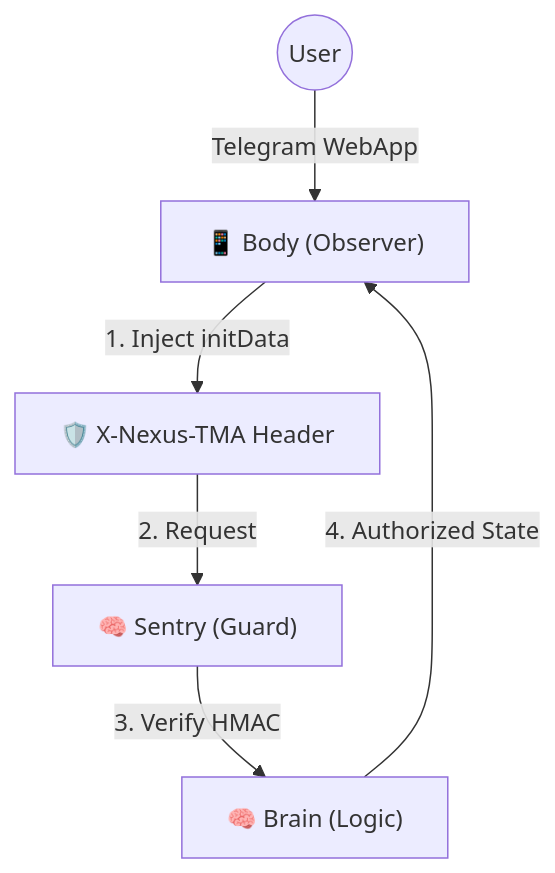
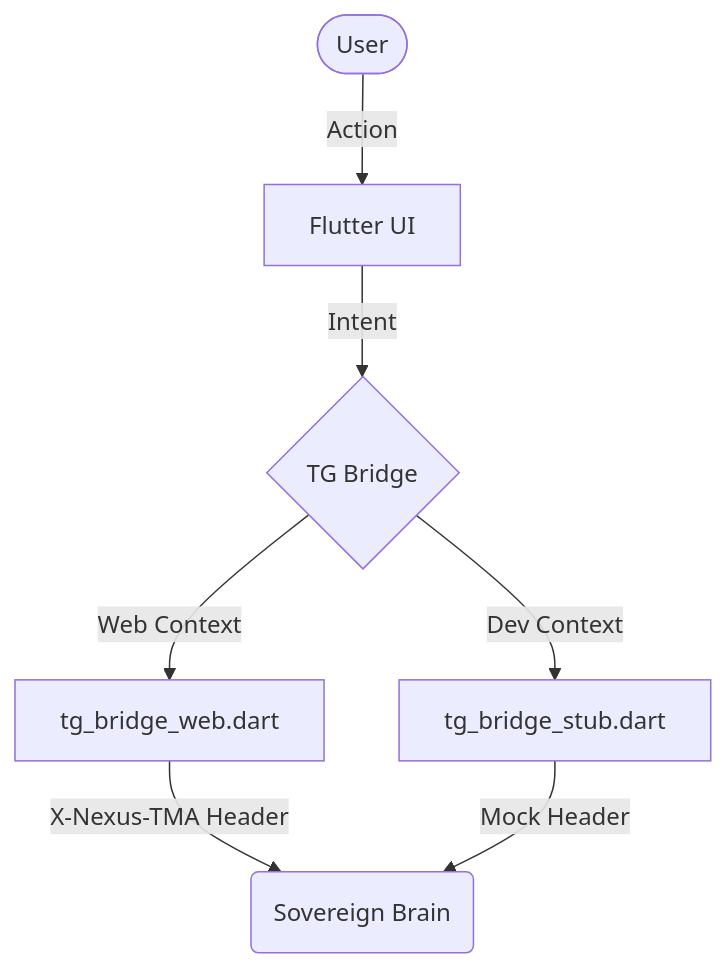
Before and after one commit to arhantbarmate/nexus-core: the first of 2 diagrams in client/README.md, drawn with Mermaid. The commit also changed other lines of this file and 22 other files, not shown here.

Commit message:
refactor: finalize Phase 1.3.1 hardened architecture & documentation freeze

````diff
--- a/client/README.md
+++ b/client/README.md
@@ -18,8 +15,9 @@
 ```mermaid
 graph TD
-    User((User)) -->|Telegram WebApp| Body["📱 Body (Observer)"]
-    Body -->|1. Inject initData| Header["🛡️ X-Nexus-TMA Header"]
-    Header -->|2. Request| Sentry["🧠 Sentry (Guard)"]
-    Sentry -->|3. Verify HMAC| Brain["🧠 Brain (Logic)"]
-    Brain -->|4. Authorized State| Body
+    User([User]) -->|Action| UI[Flutter UI]
+    UI -->|Intent| Bridge{TG Bridge}
+    Bridge -->|Web Context| Web[tg_bridge_web.dart]
+    Bridge -->|Dev Context| Stub[tg_bridge_stub.dart]
+    Web -->|X-Nexus-TMA Header| Brain(Sovereign Brain)
+    Stub -->|Mock Header| Brain
 ```
````
